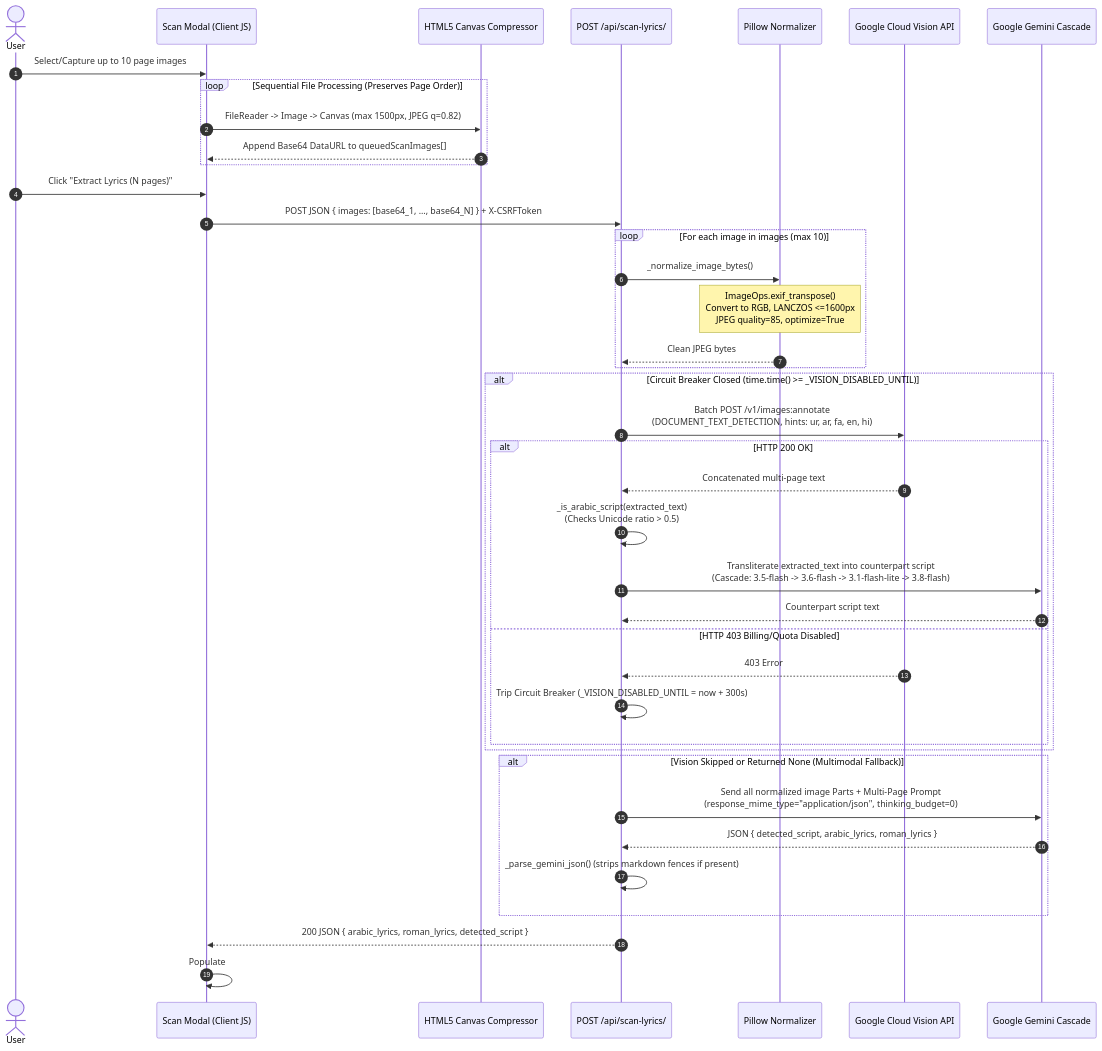
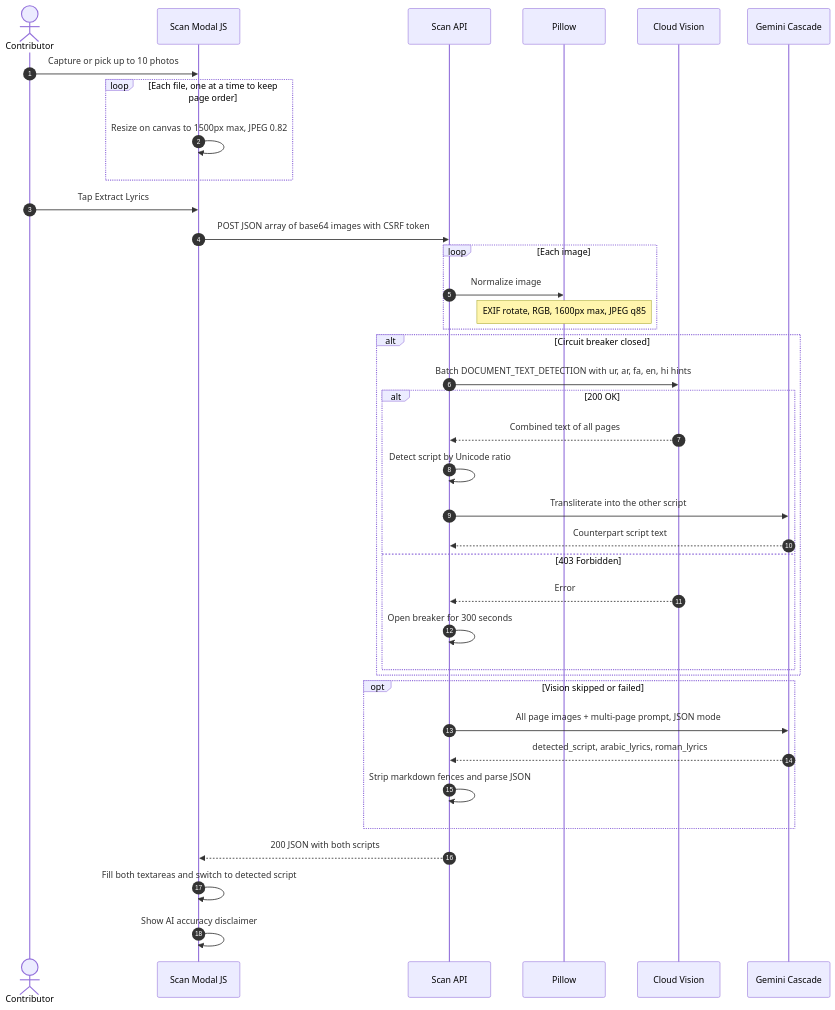
One commit to Kashan-A1i/Qasida-Architecture changed the second of 3 diagrams in ARCHITECTURE.md. Above: the diagram before and after it, drawn with Mermaid. The commit also changed other lines of this file and 3 other files, not shown here.

Commit message:
docs: fix mermaid rendering, add theqasida.com, redesign showcase

````diff
--- a/ARCHITECTURE.md
+++ b/ARCHITECTURE.md
@@ -68,47 +72,45 @@
 ```mermaid
 sequenceDiagram
     autonumber
-    actor User
-    participant Modal as Scan Modal (Client JS)
-    participant Canvas as HTML5 Canvas Compressor
-    participant API as POST /api/scan-lyrics/
-    participant Pillow as Pillow Normalizer
-    participant Vision as Google Cloud Vision API
-    participant Gemini as Google Gemini Cascade
+    actor U as Contributor
+    participant M as Scan Modal JS
+    participant A as Scan API
+    participant P as Pillow
+    participant CV as Cloud Vision
+    participant G as Gemini Cascade
 
-    User->>Modal: Select/Capture up to 10 page images
-    loop Sequential File Processing (Preserves Page Order)
-        Modal->>Canvas: FileReader -> Image -> Canvas (max 1500px, JPEG q=0.82)
-        Canvas-->>Modal: Append Base64 DataURL to queuedScanImages[]
+    U->>M: Capture or pick up to 10 photos
+    loop Each file, one at a time to keep page order
+        M->>M: Resize on canvas to 1500px max, JPEG 0.82
     end
-    User->>Modal: Click "Extract Lyrics (N pages)"
-    Modal->>API: POST JSON { images: [base64_1, ..., base64_N] } + X-CSRFToken
+    U->>M: Tap Extract Lyrics
+    M->>A: POST JSON array of base64 images with CSRF token
 
-    loop For each image in images (max 10)
-        API->>Pillow: _normalize_image_bytes()
-        Note over Pillow: ImageOps.exif_transpose()<br/>Convert to RGB, LANCZOS <=1600px<br/>JPEG quality=85, optimize=True
-        Pillow-->>API: Clean JPEG bytes
+    loop Each image
+        A->>P: Normalize image
+        Note over P: EXIF rotate, RGB, 1600px max, JPEG q85
     end
 
-    alt Circuit Breaker Closed (time.time() >= _VISION_DISABLED_UNTIL)
-        API->>Vision: Batch POST /v1/images:annotate<br/>(DOCUMENT_TEXT_DETECTION, hints: ur, ar, fa, en, hi)
-        alt HTTP 200 OK
-            Vision-->>API: Concatenated multi-page text
-            API->>API: _is_arabic_script(extracted_text)<br/>(Checks Unicode ratio > 0.5)
-            API->>Gemini: Transliterate extracted_text into counterpart script<br/>(Cascade: 3.5-flash -> 3.6-flash -> 3.1-flash-lite -> 3.8-flash)
-            Gemini-->>API: Counterpart script text
-        else HTTP 403 Billing/Quota Disabled
-            Vision-->>API: 403 Error
-            API->>API: Trip Circuit Breaker (_VISION_DISABLED_UNTIL = now + 300s)
+    alt Circuit breaker closed
+        A->>CV: Batch DOCUMENT_TEXT_DETECTION with ur, ar, fa, en, hi hints
+        alt 200 OK
+            CV-->>A: Combined text of all pages
+            A->>A: Detect script by Unicode ratio
+            A->>G: Transliterate into the other script
+            G-->>A: Counterpart script text
+        else 403 Forbidden
+            CV-->>A: Error
+            A->>A: Open breaker for 300 seconds
         end
     end
 
-    alt Vision Skipped or Returned None (Multimodal Fallback)
-        API->>Gemini: Send all normalized image Parts + Multi-Page Prompt<br/>(response_mime_type="application/json", thinking_budget=0)
-        Gemini-->>API: JSON { detected_script, arabic_lyrics, roman_lyrics }
-        API->>API: _parse_gemini_json() (strips markdown fences if present)
+    opt Vision skipped or failed
+        A->>G: All page images + multi-page prompt, JSON mode
+        G-->>A: detected_script, arabic_lyrics, roman_lyrics
+        A->>A: Strip markdown fences and parse JSON
     end
 
-    API-->>Modal: 200 JSON { arabic_lyrics, roman_lyrics, detected_script }
-    Modal->>Modal: Populate #lyrics-roman & #lyrics-arabic textareas<br/>Auto-switch tab to detected_script<br/>Display #ai-disclaimer banner
+    A-->>M: 200 JSON with both scripts
+    M->>M: Fill both textareas and switch to detected script
+    M->>M: Show AI accuracy disclaimer
 ```
````
